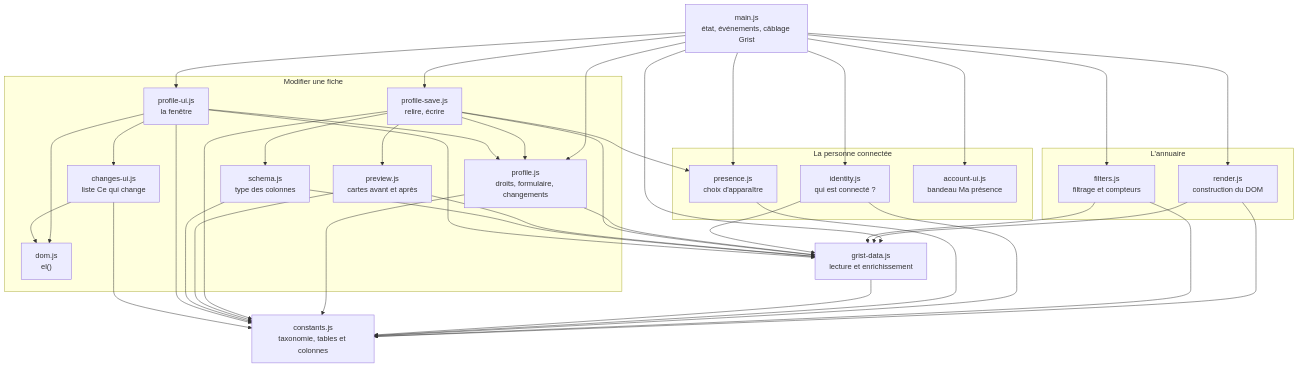
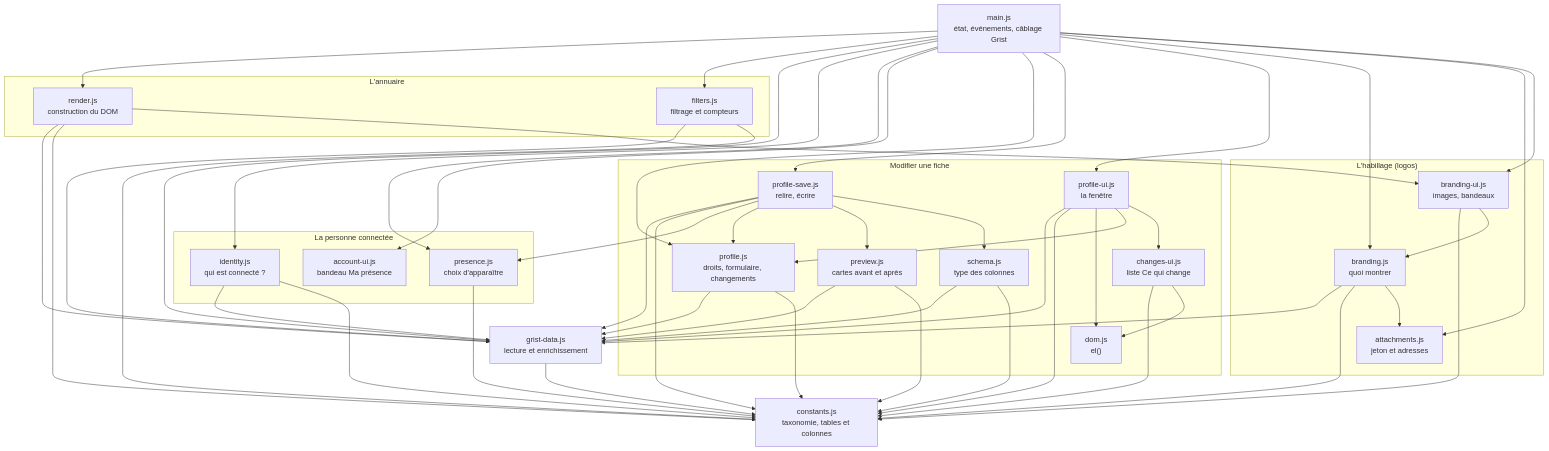
One commit to lombre33/Annuaire_PUI_Bordeaux changed the second of 6 diagrams in docs/developpeurs.md. Above: the diagram before and after it, drawn with Mermaid. The commit also changed other lines of this file and 34 other files, not shown here.

````diff
--- a/docs/developpeurs.md
+++ b/docs/developpeurs.md
@@ -75,60 +77,74 @@
 ```mermaid
 flowchart TD
     main["main.js<br/>état, événements, câblage Grist"]
     subgraph annuaire["L'annuaire"]
         render["render.js<br/>construction du DOM"]
         filters["filters.js<br/>filtrage et compteurs"]
     end
     subgraph personne["La personne connectée"]
         identity["identity.js<br/>qui est connecté ?"]
         presence["presence.js<br/>choix d'apparaître"]
         account["account-ui.js<br/>bandeau Ma présence"]
+    end
+    subgraph habillage["L'habillage (logos)"]
+        branding["branding.js<br/>quoi montrer"]
+        attachments["attachments.js<br/>jeton et adresses"]
+        brandingui["branding-ui.js<br/>images, bandeaux"]
     end
     subgraph fiche["Modifier une fiche"]
         profile["profile.js<br/>droits, formulaire, changements"]
         save["profile-save.js<br/>relire, écrire"]
         preview["preview.js<br/>cartes avant et après"]
         schema["schema.js<br/>type des colonnes"]
         profileui["profile-ui.js<br/>la fenêtre"]
         changes["changes-ui.js<br/>liste Ce qui change"]
         dom["dom.js<br/>el()"]
     end
     data["grist-data.js<br/>lecture et enrichissement"]
     constants["constants.js<br/>taxonomie, tables et colonnes"]
     main --> render
     main --> filters
     main --> data
     main --> identity
     main --> presence
     main --> account
     main --> profile
     main --> save
     main --> profileui
+    main --> branding
+    main --> attachments
+    main --> brandingui
     render --> data
     render --> constants
+    render --> brandingui
     filters --> data
     filters --> constants
     identity --> data
     identity --> constants
     presence --> constants
     data --> constants
+    branding --> data
+    branding --> constants
+    branding --> attachments
+    brandingui --> constants
+    brandingui --> branding
     profile --> data
     profile --> constants
     save --> data
     save --> constants
     save --> presence
     save --> profile
     save --> preview
     save --> schema
     preview --> data
     preview --> constants
     schema --> data
     schema --> constants
     profileui --> data
     profileui --> constants
     profileui --> dom
     profileui --> profile
     profileui --> changes
     changes --> constants
     changes --> dom
 ```
````
